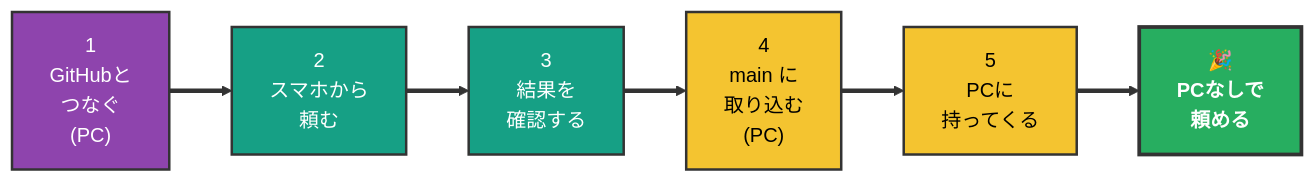
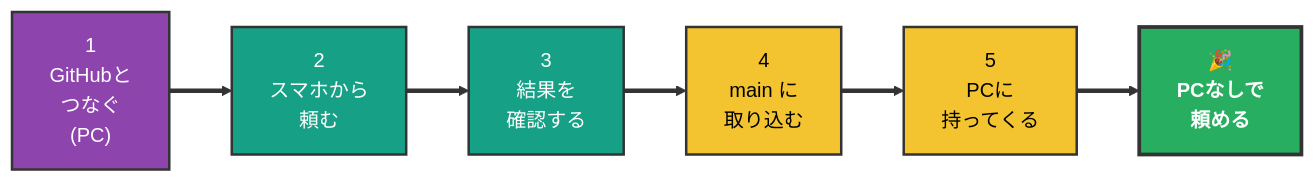
One commit to kasuyaofcb/tech_docs changed the first of 2 diagrams in 05_mobile-workflow/setup-web.md. Above: the diagram before and after it, drawn with Mermaid. The commit also changed other lines of this file and 1 other file, not shown here.

````diff
--- a/05_mobile-workflow/setup-web.md
+++ b/05_mobile-workflow/setup-web.md
@@ -27,15 +27,15 @@
 ```mermaid
 flowchart LR
     S1["1<br/>GitHubと<br/>つなぐ<br/>(PC)"] ==> S2["2<br/>スマホから<br/>頼む"]
     S2 ==> S3["3<br/>結果を<br/>確認する"]
-    S3 ==> S4["4<br/>main に<br/>取り込む<br/>(PC)"]
+    S3 ==> S4["4<br/>main に<br/>取り込む"]
     S4 ==> S5["5<br/>PCに<br/>持ってくる"]
     S5 ==> G1["🎉<br/><b>PCなしで<br/>頼める</b>"]
 
     style S1 fill:#8E44AD,color:#FFFFFF,stroke:#333,stroke-width:2px
     style S2 fill:#16A085,color:#FFFFFF,stroke:#333,stroke-width:2px
     style S3 fill:#16A085,color:#FFFFFF,stroke:#333,stroke-width:2px
     style S4 fill:#F4C430,color:#000,stroke:#333,stroke-width:2px
     style S5 fill:#F4C430,color:#000,stroke:#333,stroke-width:2px
     style G1 fill:#27AE60,color:#FFFFFF,stroke:#333,stroke-width:3px
 ```
````
